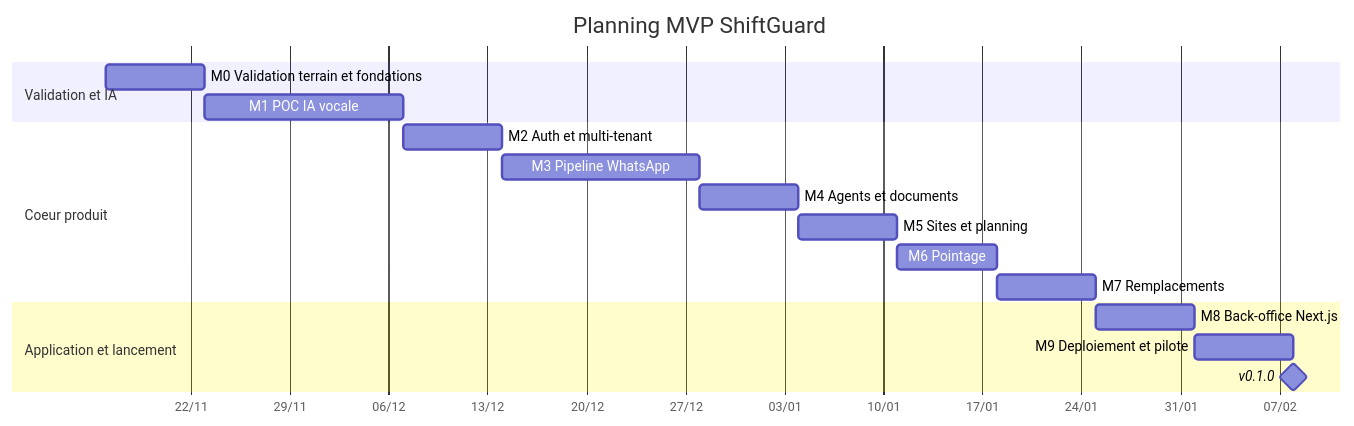
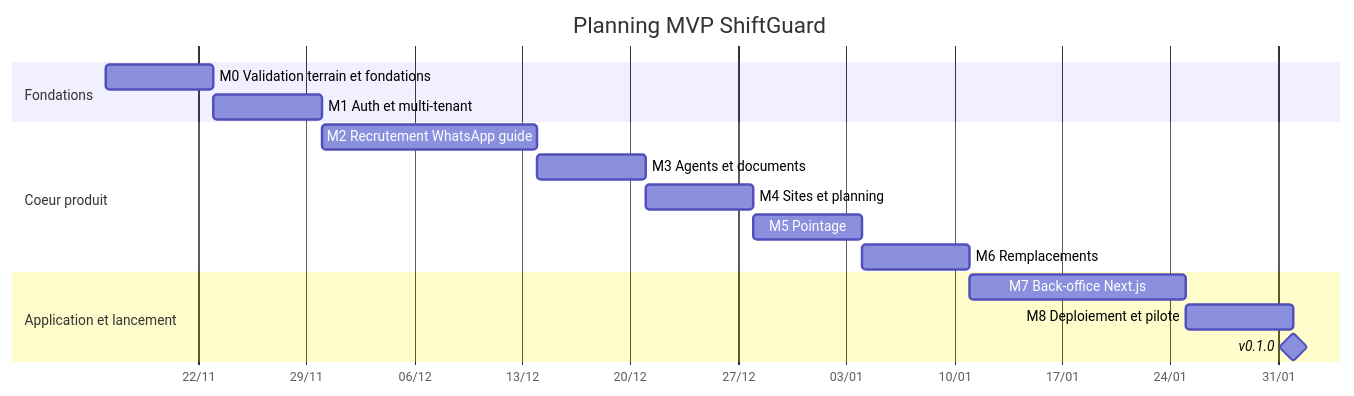
One commit to zelvaro/ShiftGuard changed the diagram in docs/PLAN.md. Above: the diagram before and after it, drawn with Mermaid. The commit also changed other lines of this file and 3 other files, not shown here.

Commit message:
docs: switch V1 to guided WhatsApp questions, move voice and AI to V2

````diff
--- a/docs/PLAN.md
+++ b/docs/PLAN.md
@@ -20,20 +21,19 @@
 ```mermaid
 gantt
     title Planning MVP ShiftGuard
     dateFormat YYYY-MM-DD
     axisFormat %d/%m
-    section Validation et IA
+    section Fondations
     M0 Validation terrain et fondations :m0, 2026-11-16, 7d
-    M1 POC IA vocale                    :m1, after m0, 14d
+    M1 Auth et multi-tenant             :m1, after m0, 7d
     section Coeur produit
-    M2 Auth et multi-tenant             :m2, after m1, 7d
-    M3 Pipeline WhatsApp                :m3, after m2, 14d
-    M4 Agents et documents              :m4, after m3, 7d
-    M5 Sites et planning                :m5, after m4, 7d
-    M6 Pointage                         :m6, after m5, 7d
-    M7 Remplacements                    :m7, after m6, 7d
+    M2 Recrutement WhatsApp guide       :m2, after m1, 14d
+    M3 Agents et documents              :m3, after m2, 7d
+    M4 Sites et planning                :m4, after m3, 7d
+    M5 Pointage                         :m5, after m4, 7d
+    M6 Remplacements                    :m6, after m5, 7d
     section Application et lancement
-    M8 Back-office Next.js              :m8, after m7, 7d
-    M9 Deploiement et pilote            :m9, after m8, 7d
-    v0.1.0                              :milestone, v010, after m9, 0d
+    M7 Back-office Next.js              :m7, after m6, 14d
+    M8 Deploiement et pilote            :m8, after m7, 7d
+    v0.1.0                              :milestone, v010, after m8, 0d
 ```
````
